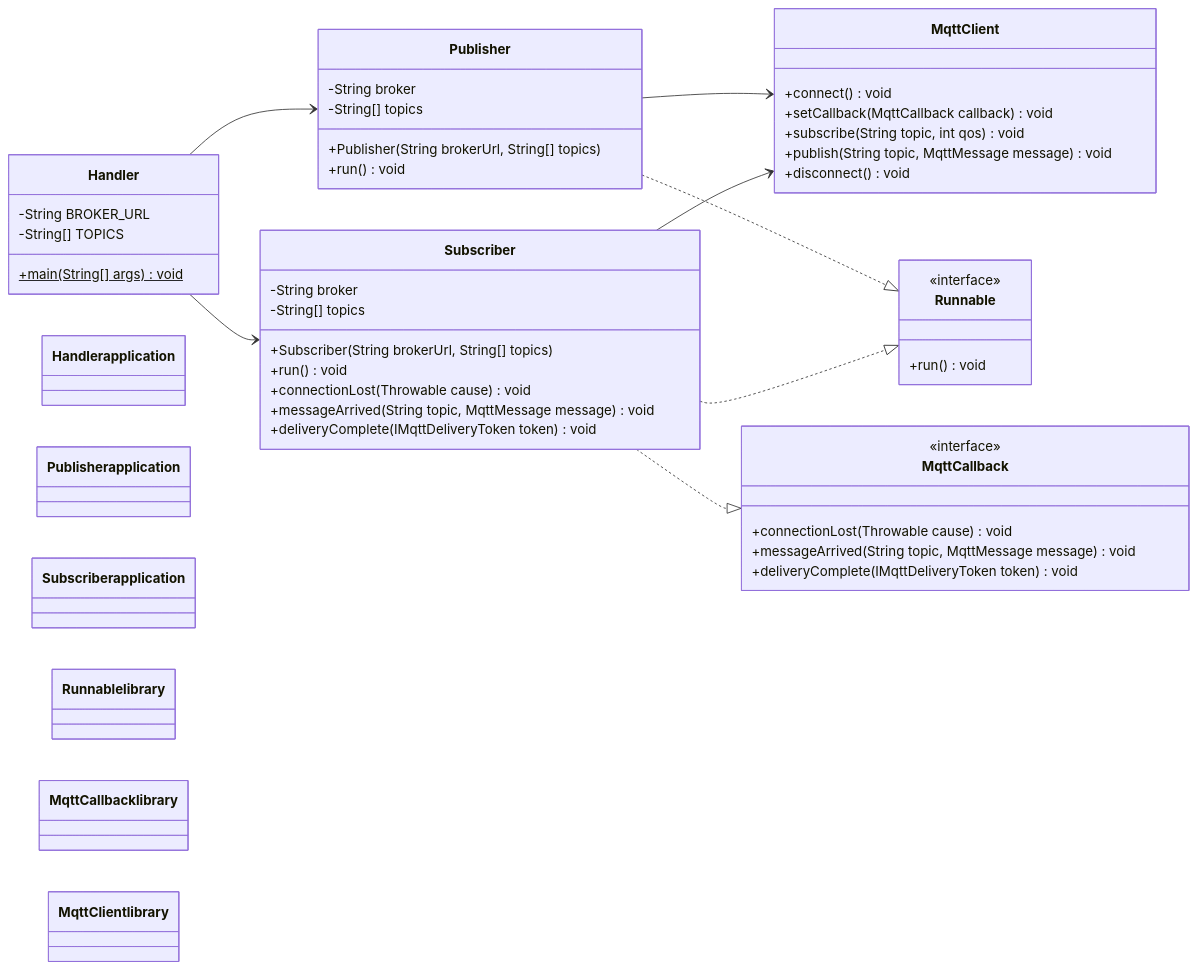
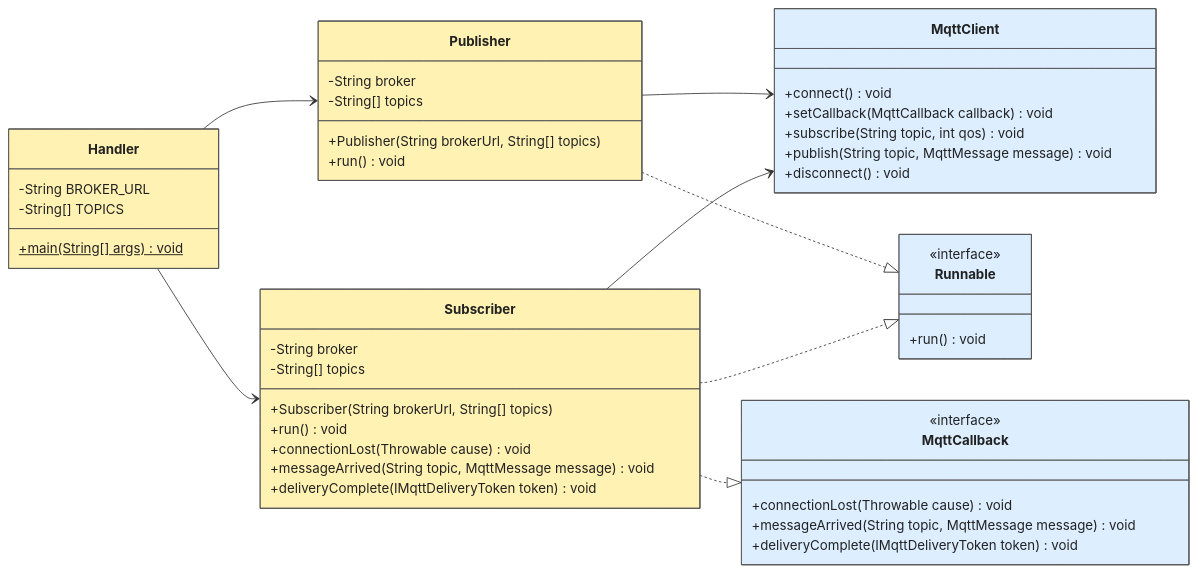
The diagram in DIAGRAM.md (csc-3100/cloud-mqtt), drawn with Mermaid before and after one commit. The commit also changed other lines of this file, not shown here.

Commit message:
Enhance UML class diagram with styles and description
Updated UML class diagram to include styles for classes and added a description.

````diff
--- a/DIAGRAM.md
+++ b/DIAGRAM.md
@@ -1,74 +5,71 @@
 ```mermaid
 classDiagram
     direction LR
 
     class Handler {
         -String BROKER_URL
         -String[] TOPICS
         +main(String[] args)$ void
     }
 
     class Publisher {
         -String broker
         -String[] topics
         +Publisher(String brokerUrl, String[] topics)
         +run() void
     }
 
     class Subscriber {
         -String broker
         -String[] topics
         +Subscriber(String brokerUrl, String[] topics)
         +run() void
         +connectionLost(Throwable cause) void
         +messageArrived(String topic, MqttMessage message) void
         +deliveryComplete(IMqttDeliveryToken token) void
     }
 
     class Runnable {
         <<interface>>
         +run() void
     }
 
     class MqttCallback {
         <<interface>>
         +connectionLost(Throwable cause) void
         +messageArrived(String topic, MqttMessage message) void
         +deliveryComplete(IMqttDeliveryToken token) void
     }
 
     class MqttClient {
         +connect() void
         +setCallback(MqttCallback callback) void
         +subscribe(String topic, int qos) void
         +publish(String topic, MqttMessage message) void
         +disconnect() void
     }
 
     %% Associations
 
     Handler --> Publisher
     Handler --> Subscriber
 
     Publisher --> MqttClient
     Subscriber --> MqttClient
 
     %% Interface realizations
 
     Publisher ..|> Runnable
     Subscriber ..|> Runnable
     Subscriber ..|> MqttCallback
 
     %% CSC 3100 UML colors
 
-    classDef application fill:#FFF2B3,stroke:#555555,color:#222222
-    classDef library fill:#DCEEFF,stroke:#555555,color:#222222
+    style Handler fill:#FFF2B3,stroke:#555555,color:#222222
+    style Publisher fill:#FFF2B3,stroke:#555555,color:#222222
+    style Subscriber fill:#FFF2B3,stroke:#555555,color:#222222
 
-    class Handler application
-    class Publisher application
-    class Subscriber application
-
-    class Runnable library
-    class MqttCallback library
-    class MqttClient library
+    style Runnable fill:#DCEEFF,stroke:#555555,color:#222222
+    style MqttCallback fill:#DCEEFF,stroke:#555555,color:#222222
+    style MqttClient fill:#DCEEFF,stroke:#555555,color:#222222
 ```
````
